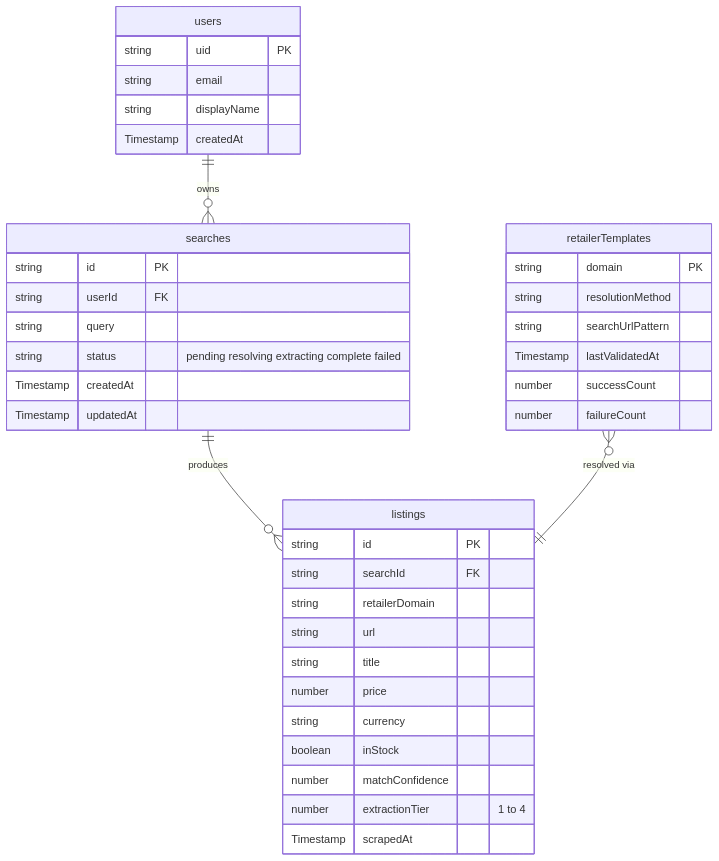
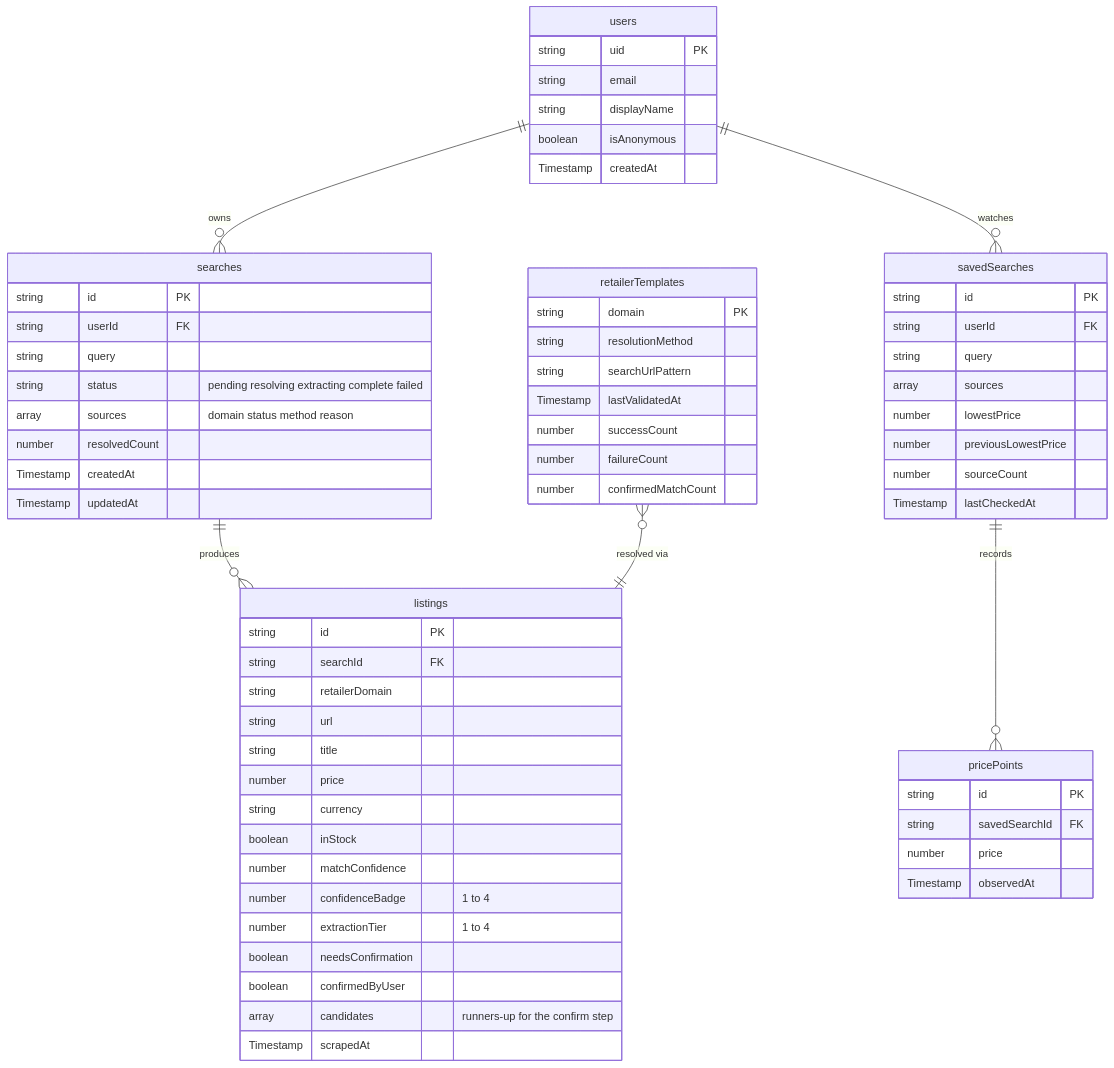
The third of 3 diagrams in README.md (Keagan-Boucher/SIFT), drawn with Mermaid before and after one commit. The commit also changed other lines of this file, not shown here.

````diff
--- a/README.md
+++ b/README.md
@@ -407,42 +416,68 @@
 ```mermaid
 erDiagram
     users ||--o{ searches : owns
+    users ||--o{ savedSearches : watches
     searches ||--o{ listings : produces
+    savedSearches ||--o{ pricePoints : records
     retailerTemplates }o--|| listings : "resolved via"
 
     users {
         string uid PK
         string email
         string displayName
+        boolean isAnonymous
         Timestamp createdAt
     }
     searches {
         string id PK
         string userId FK
         string query
         string status "pending resolving extracting complete failed"
+        array sources "domain status method reason"
+        number resolvedCount
         Timestamp createdAt
         Timestamp updatedAt
     }
     listings {
         string id PK
         string searchId FK
         string retailerDomain
         string url
         string title
         number price
         string currency
         boolean inStock
         number matchConfidence
+        number confidenceBadge "1 to 4"
         number extractionTier "1 to 4"
+        boolean needsConfirmation
+        boolean confirmedByUser
+        array candidates "runners-up for the confirm step"
         Timestamp scrapedAt
+    }
+    savedSearches {
+        string id PK
+        string userId FK
+        string query
+        array sources
+        number lowestPrice
+        number previousLowestPrice
+        number sourceCount
+        Timestamp lastCheckedAt
+    }
+    pricePoints {
+        string id PK
+        string savedSearchId FK
+        number price
+        Timestamp observedAt
     }
     retailerTemplates {
         string domain PK
         string resolutionMethod
         string searchUrlPattern
         Timestamp lastValidatedAt
         number successCount
         number failureCount
+        number confirmedMatchCount
     }
 ```
````
